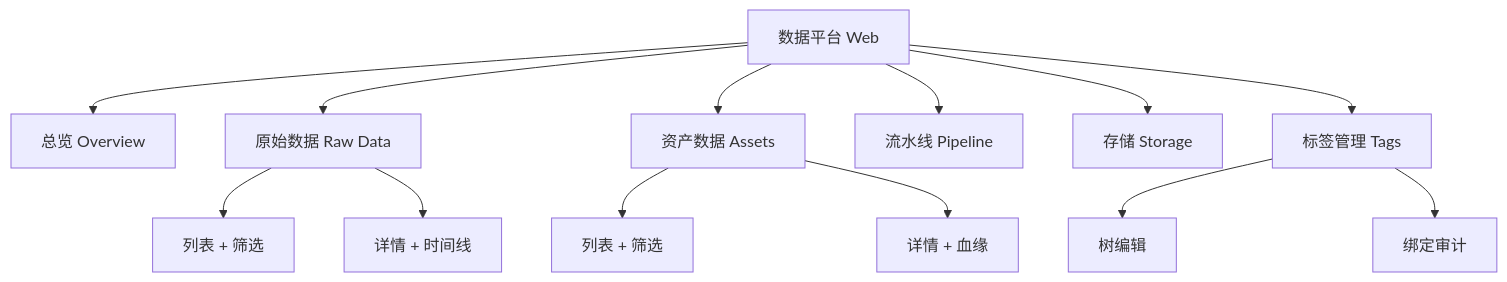
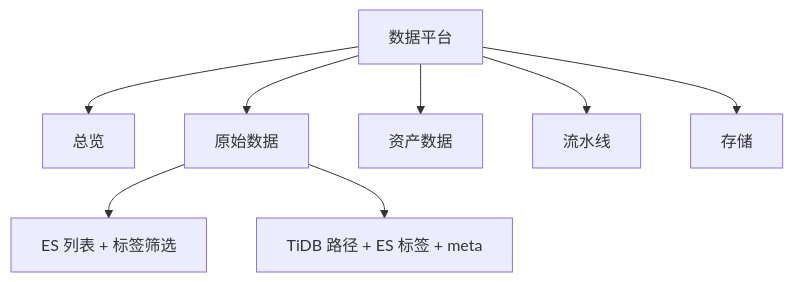
The seventh of 8 diagrams in docs/robot-data-platform/DESIGN.md (sgkokocool1/sgkokocool1), drawn with Mermaid before and after one commit. The commit also changed other lines of this file and 4 other files, not shown here.

````diff
--- a/docs/robot-data-platform/DESIGN.md
+++ b/docs/robot-data-platform/DESIGN.md
@@ -873,17 +595,12 @@
 ```mermaid
 flowchart TB
-    APP[数据平台 Web]
-    APP --> OV[总览 Overview]
-    APP --> RD[原始数据 Raw Data]
-    APP --> AD[资产数据 Assets]
-    APP --> PL[流水线 Pipeline]
-    APP --> ST[存储 Storage]
-    APP --> TG[标签管理 Tags]
+    APP[数据平台]
+    APP --> OV[总览]
+    APP --> RD[原始数据]
+    APP --> AD[资产数据]
+    APP --> PL[流水线]
+    APP --> ST[存储]
 
-    RD --> RD_LIST[列表 + 筛选]
-    RD --> RD_DETAIL[详情 + 时间线]
-    AD --> AD_LIST[列表 + 筛选]
-    AD --> AD_DETAIL[详情 + 血缘]
-    TG --> TG_TREE[树编辑]
-    TG --> TG_BIND[绑定审计]
+    RD --> RD_LIST[ES 列表 + 标签筛选]
+    RD --> RD_DETAIL[TiDB 路径 + ES 标签 + meta]
 ```
````
